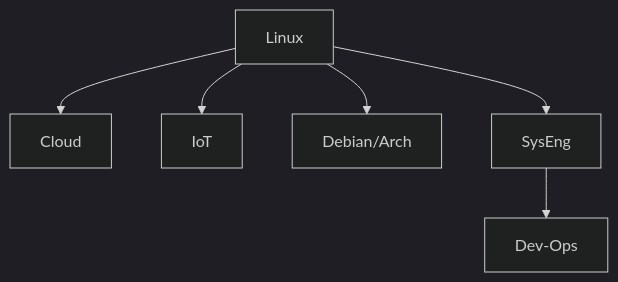
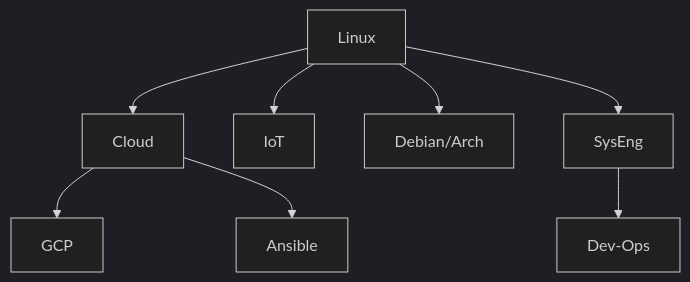
The first of 2 diagrams in content/docs/_index.md (JAlcocerT/Linux), drawn with Mermaid (dark theme) before and after one commit. The commit also changed other lines of this file and 1 other file, not shown here.

````diff
--- a/content/docs/_index.md
+++ b/content/docs/_index.md
@@ -23,8 +23,10 @@
 ```mermaid
 graph TD;
     Linux-->Cloud;
+    Cloud-->GCP;
+    Cloud-->Ansible;
     Linux-->IoT;
     Linux-->Debian/Arch;
     Linux-->SysEng;
     SysEng-->Dev-Ops;
 ```
````
